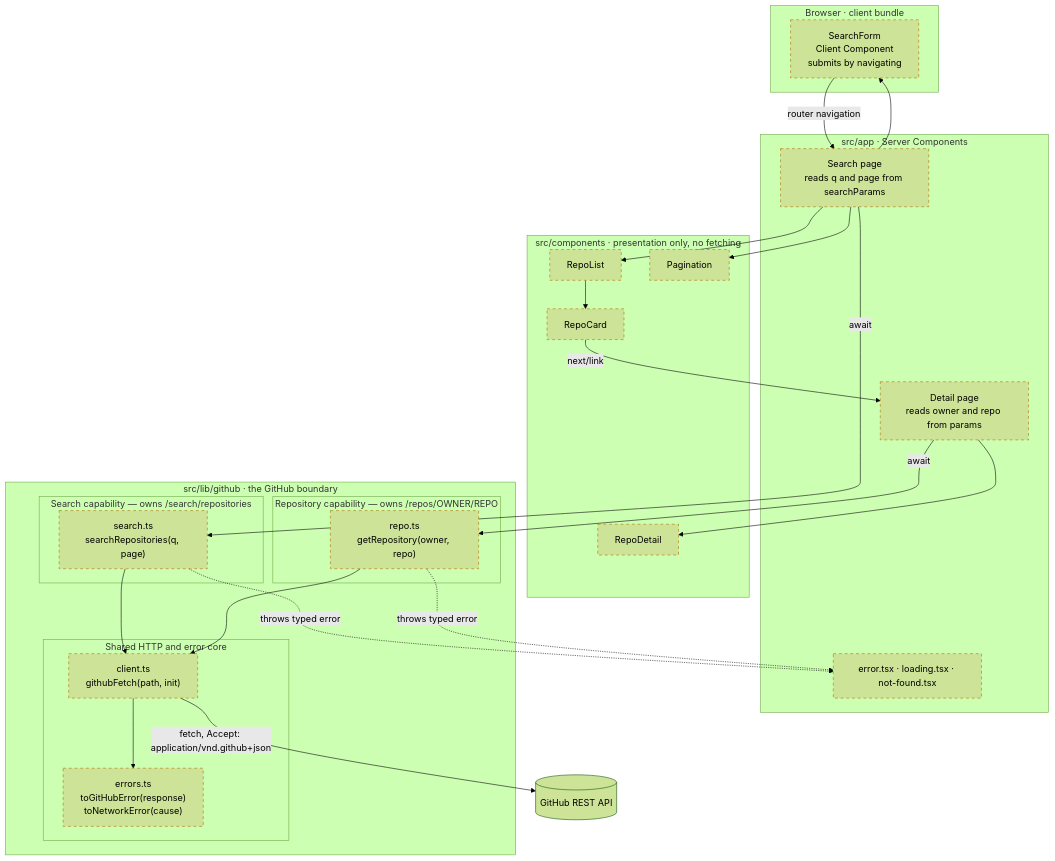
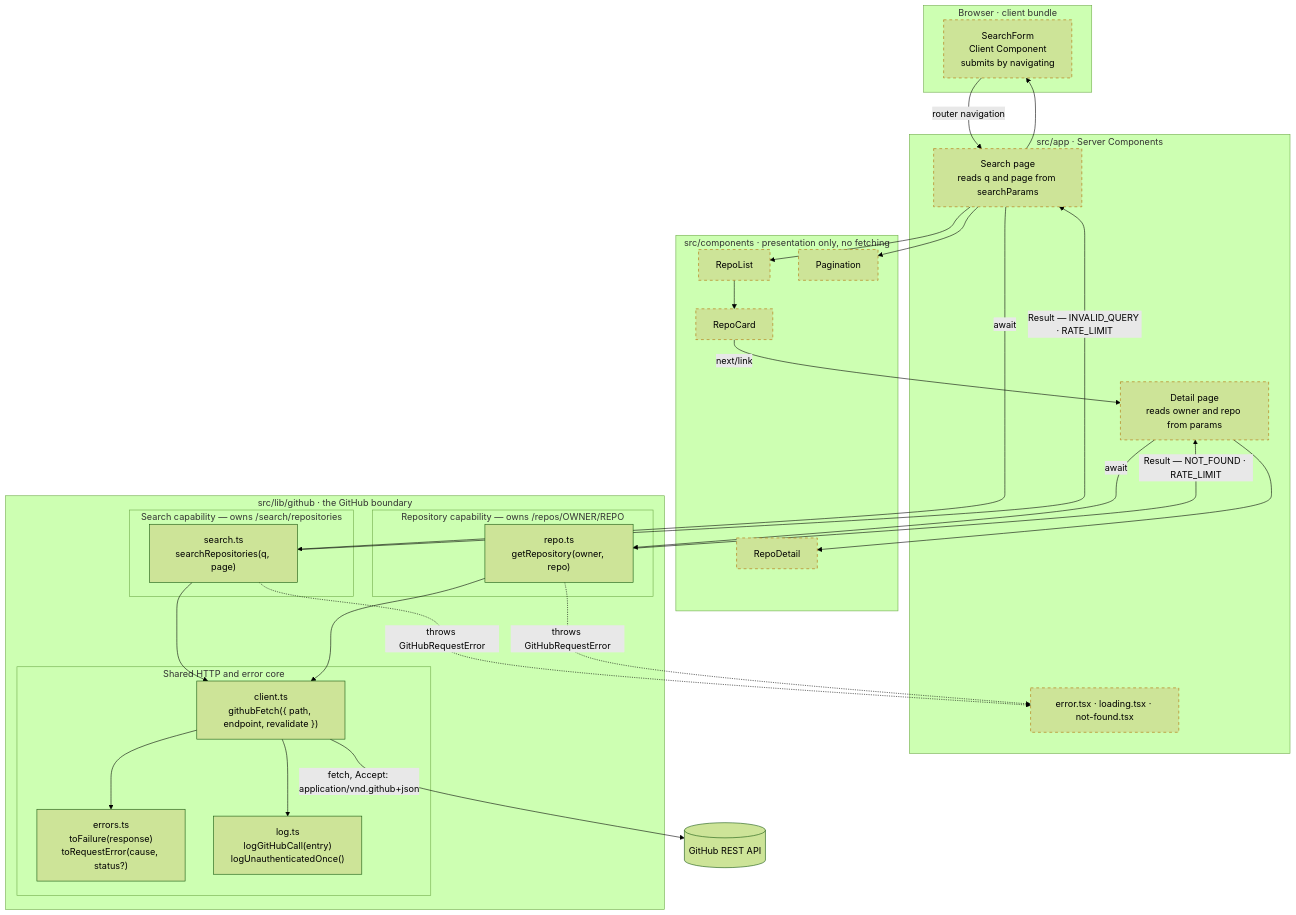
The second of 5 diagrams in docs/ARCHITECTURE.md (tommisullivan/github-repo-search), drawn with Mermaid (forest theme) before and after one commit. The commit also changed other lines of this file and 33 other files, not shown here.

First line of the commit message:
Phase 1: typed, server-side GitHub client with named failures (#10)

````diff
--- a/docs/ARCHITECTURE.md
+++ b/docs/ARCHITECTURE.md
@@ -89,54 +96,58 @@
 ```mermaid
 flowchart TD
     subgraph client["Browser · client bundle"]
         SF["SearchForm<br/>Client Component<br/>submits by navigating"]
     end
 
     subgraph routes["src/app · Server Components"]
         SP["Search page<br/>reads q and page from searchParams"]
         DP["Detail page<br/>reads owner and repo from params"]
         EB["error.tsx · loading.tsx · not-found.tsx"]
     end
 
     subgraph ui["src/components · presentation only, no fetching"]
         RL["RepoList"]
         RC["RepoCard"]
         PG["Pagination"]
         RD["RepoDetail"]
     end
 
     subgraph gh["src/lib/github · the GitHub boundary"]
         subgraph unitS["Search capability — owns /search/repositories"]
             SR["search.ts<br/>searchRepositories(q, page)"]
         end
         subgraph unitR["Repository capability — owns /repos/OWNER/REPO"]
             GR["repo.ts<br/>getRepository(owner, repo)"]
         end
         subgraph core["Shared HTTP and error core"]
-            CF["client.ts<br/>githubFetch(path, init)"]
-            ER["errors.ts<br/>toGitHubError(response)<br/>toNetworkError(cause)"]
+            CF["client.ts<br/>githubFetch({ path, endpoint, revalidate })"]
+            ER["errors.ts<br/>toFailure(response)<br/>toRequestError(cause, status?)"]
+            LG["log.ts<br/>logGitHubCall(entry)<br/>logUnauthenticatedOnce()"]
         end
     end
 
     API[("GitHub REST API")]
 
     SF -->|"router navigation"| SP
     SP --> SF
     SP --> RL
     SP --> PG
     RL --> RC
     RC -->|"next/link"| DP
     DP --> RD
 
     SP -->|"await"| SR
     DP -->|"await"| GR
     SR --> CF
     GR --> CF
     CF --> ER
+    CF --> LG
     CF -->|"fetch, Accept: application/vnd.github+json"| API
-    SR -.->|"throws typed error"| EB
-    GR -.->|"throws typed error"| EB
+    SR -->|"Result — INVALID_QUERY · RATE_LIMIT"| SP
+    GR -->|"Result — NOT_FOUND · RATE_LIMIT"| DP
+    SR -.->|"throws GitHubRequestError"| EB
+    GR -.->|"throws GitHubRequestError"| EB
 
     classDef planned stroke:#b26a00,stroke-width:1px,stroke-dasharray:5 5
-    class SF,SP,DP,EB,RL,RC,PG,RD,SR,GR,CF,ER planned
+    class SF,SP,DP,EB,RL,RC,PG,RD planned
 ```
````
